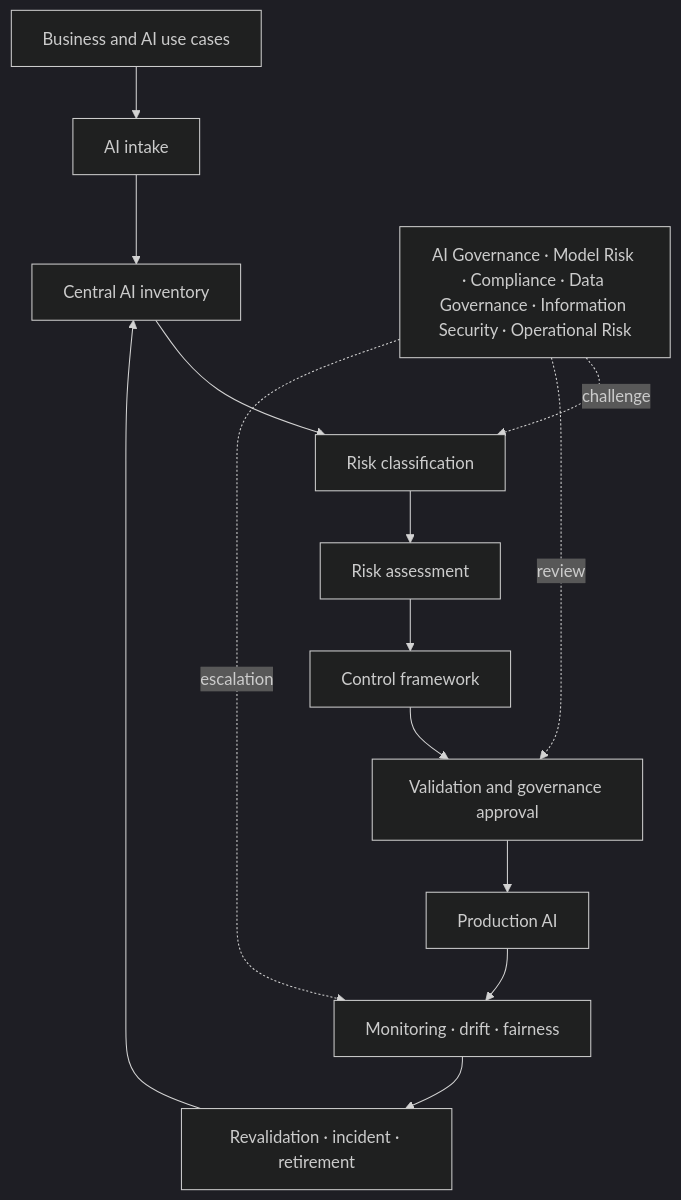
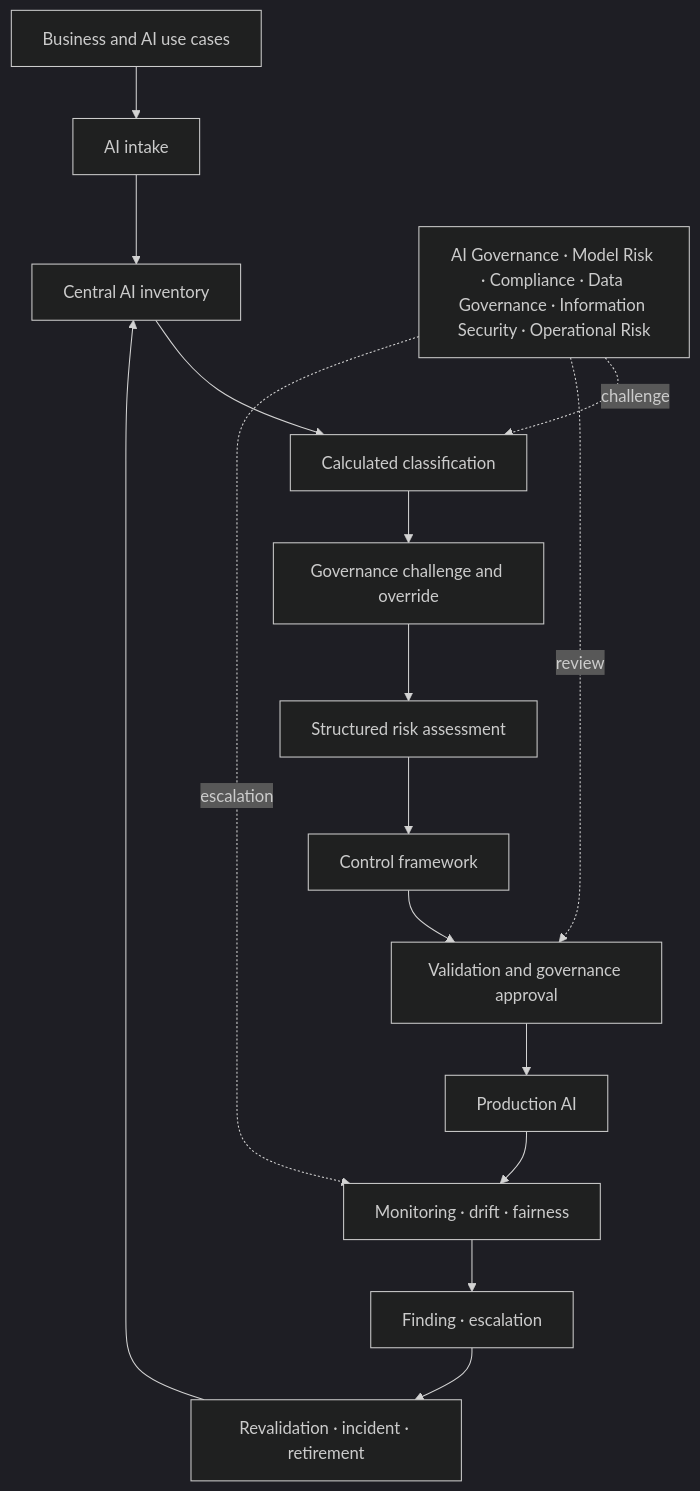
Before and after one commit to ernestowendling/enterprise-ai-governance-risk-framework: the diagram in README.md, drawn with Mermaid (dark theme). The commit also changed other lines of this file and 4 other files, not shown here.

````diff
--- a/README.md
+++ b/README.md
@@ -42,17 +44,19 @@
 ```mermaid
 flowchart TB
   U[Business and AI use cases] --> I[AI intake]
   I --> V[Central AI inventory]
-  V --> C[Risk classification]
-  C --> A[Risk assessment]
+  V --> C[Calculated classification]
+  C --> X[Governance challenge and override]
+  X --> A[Structured risk assessment]
   A --> K[Control framework]
   K --> G[Validation and governance approval]
   G --> P[Production AI]
   P --> M[Monitoring · drift · fairness]
-  M --> R[Revalidation · incident · retirement]
+  M --> F[Finding · escalation]
+  F --> R[Revalidation · incident · retirement]
   R --> V
   O[AI Governance · Model Risk · Compliance · Data Governance · Information Security · Operational Risk]
   O -. challenge .-> C
   O -. review .-> G
   O -. escalation .-> M
 ```
````
